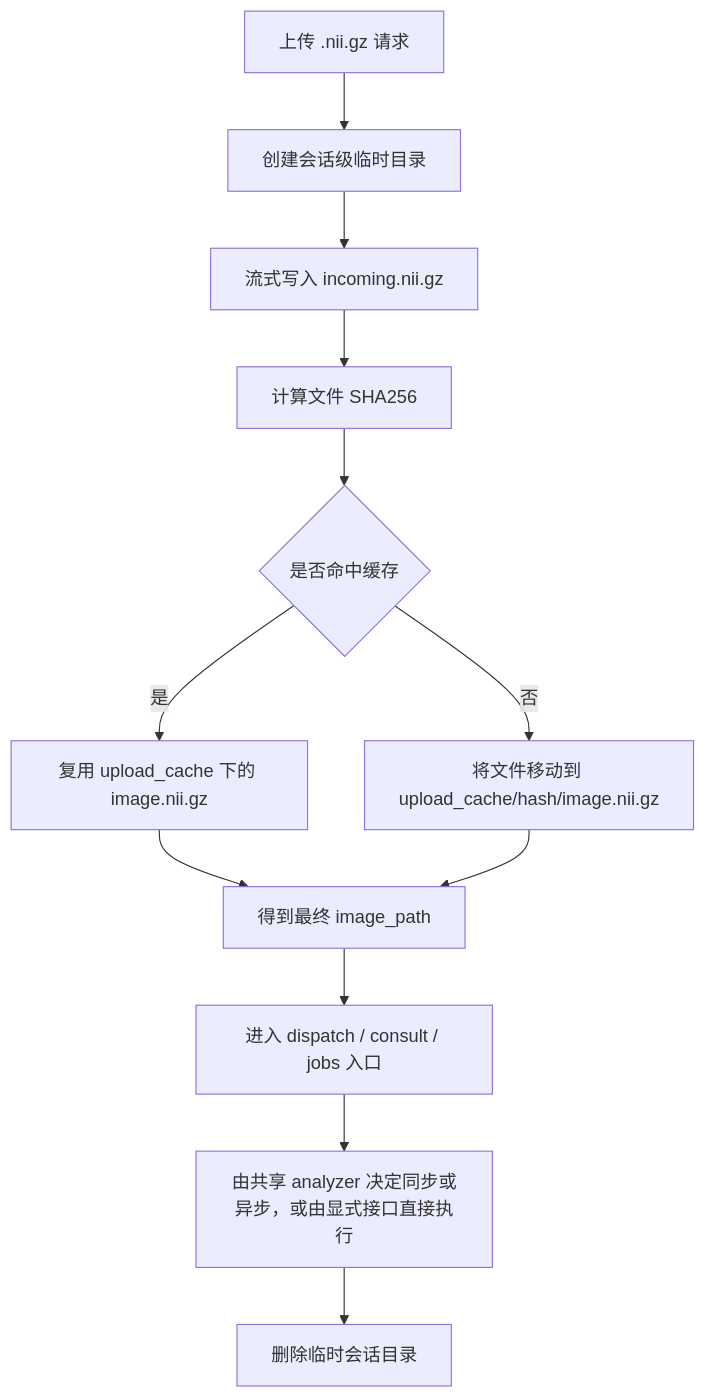
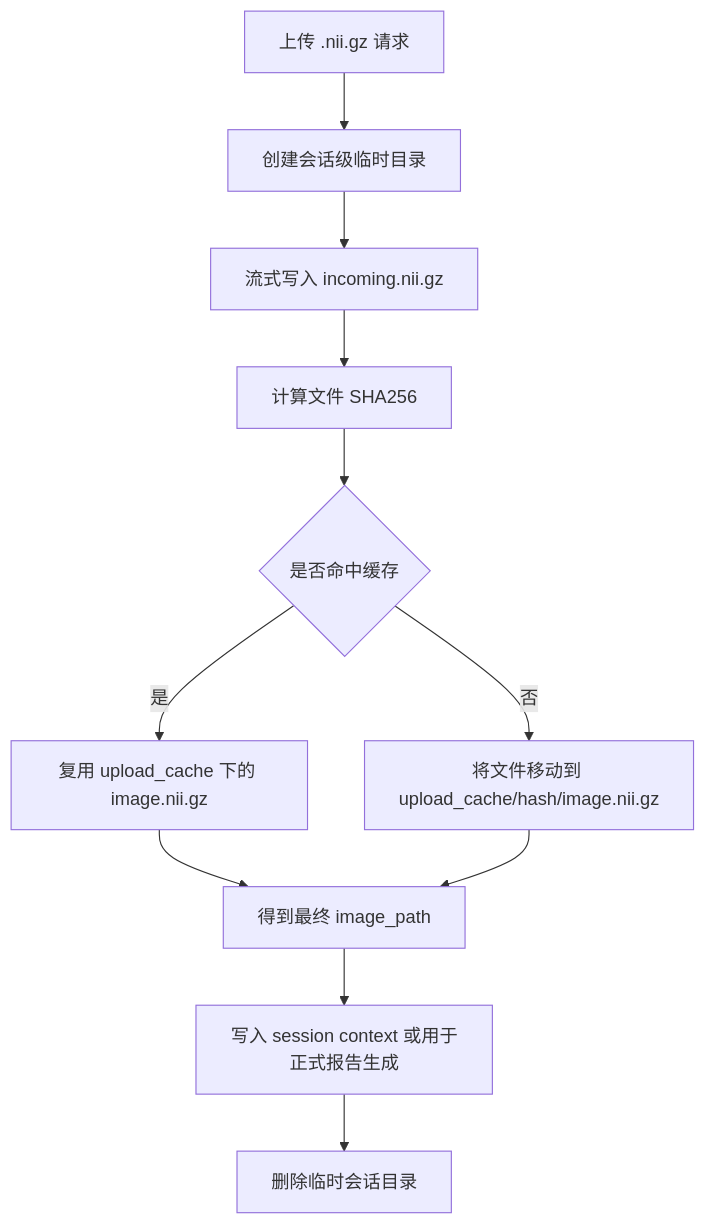
Before and after one commit to jiliguluhua/liver_rag: the fifth of 8 diagrams in docs/backend_architecture.md, drawn with Mermaid. The commit also changed other lines of this file, not shown here.

````diff
--- a/docs/backend_architecture.md
+++ b/docs/backend_architecture.md
@@ -144,14 +148,13 @@
 ```mermaid
 flowchart TD
     A[上传 .nii.gz 请求] --> B[创建会话级临时目录]
     B --> C[流式写入 incoming.nii.gz]
     C --> D[计算文件 SHA256]
     D --> E{是否命中缓存}
     E -->|是| F[复用 upload_cache 下的 image.nii.gz]
     E -->|否| G[将文件移动到 upload_cache/hash/image.nii.gz]
     F --> H[得到最终 image_path]
     G --> H
-    H --> I[进入 dispatch / consult / jobs 入口]
-    I --> J[由共享 analyzer 决定同步或异步，或由显式接口直接执行]
-    J --> K[删除临时会话目录]
+    H --> I[写入 session context 或用于正式报告生成]
+    I --> J[删除临时会话目录]
 ```
````
